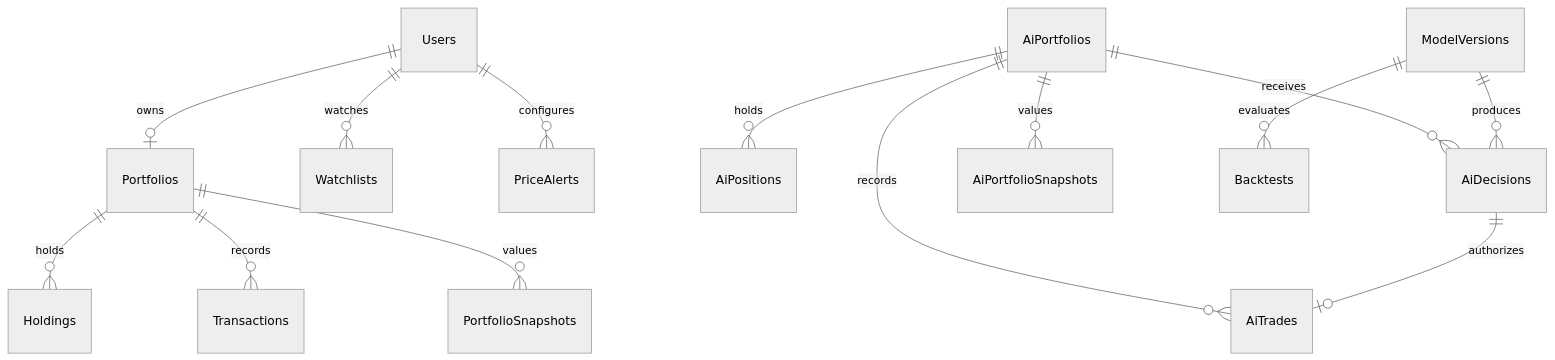
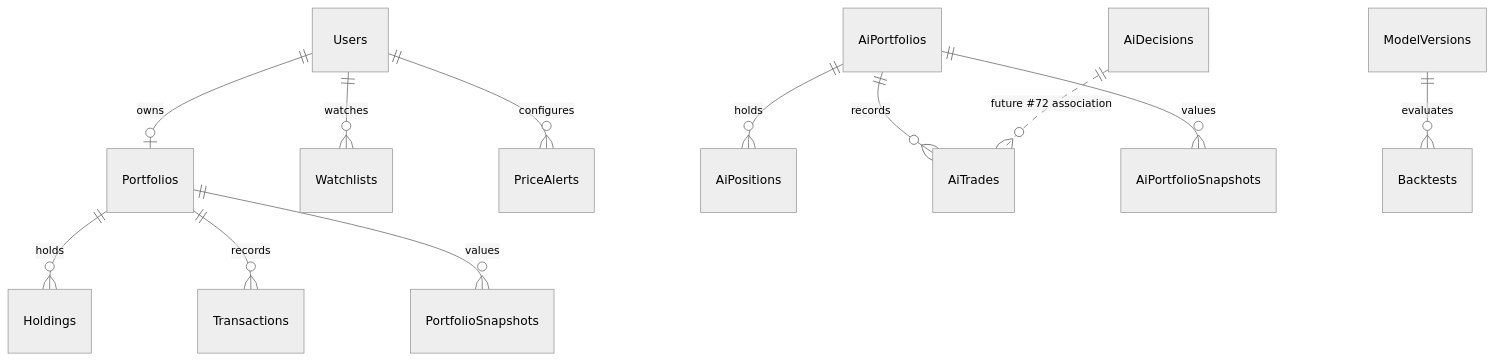
Before and after one commit to MarcSaad-Hadidi/StockLab: the diagram in backend/database-schema.md, drawn with Mermaid (neutral theme). The commit also changed other lines of this file and 19 other files, not shown here.

````diff
--- a/backend/database-schema.md
+++ b/backend/database-schema.md
@@ -29,16 +32,14 @@
 ```mermaid
 erDiagram
     Users ||--o| Portfolios : owns
     Users ||--o{ Watchlists : watches
     Users ||--o{ PriceAlerts : configures
     Portfolios ||--o{ Holdings : holds
     Portfolios ||--o{ Transactions : records
     Portfolios ||--o{ PortfolioSnapshots : values
     AiPortfolios ||--o{ AiPositions : holds
-    AiPortfolios ||--o{ AiDecisions : receives
     AiPortfolios ||--o{ AiTrades : records
     AiPortfolios ||--o{ AiPortfolioSnapshots : values
-    ModelVersions ||--o{ AiDecisions : produces
     ModelVersions ||--o{ Backtests : evaluates
-    AiDecisions ||--o| AiTrades : authorizes
+    AiDecisions ||..o{ AiTrades : "future #72 association"
 ```
````
